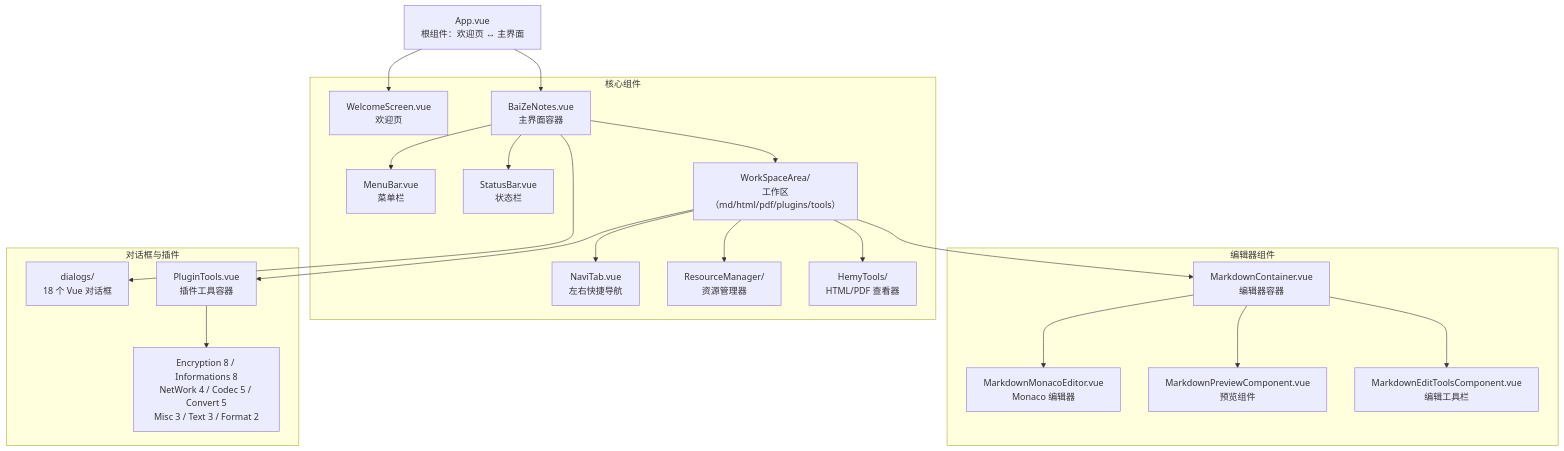
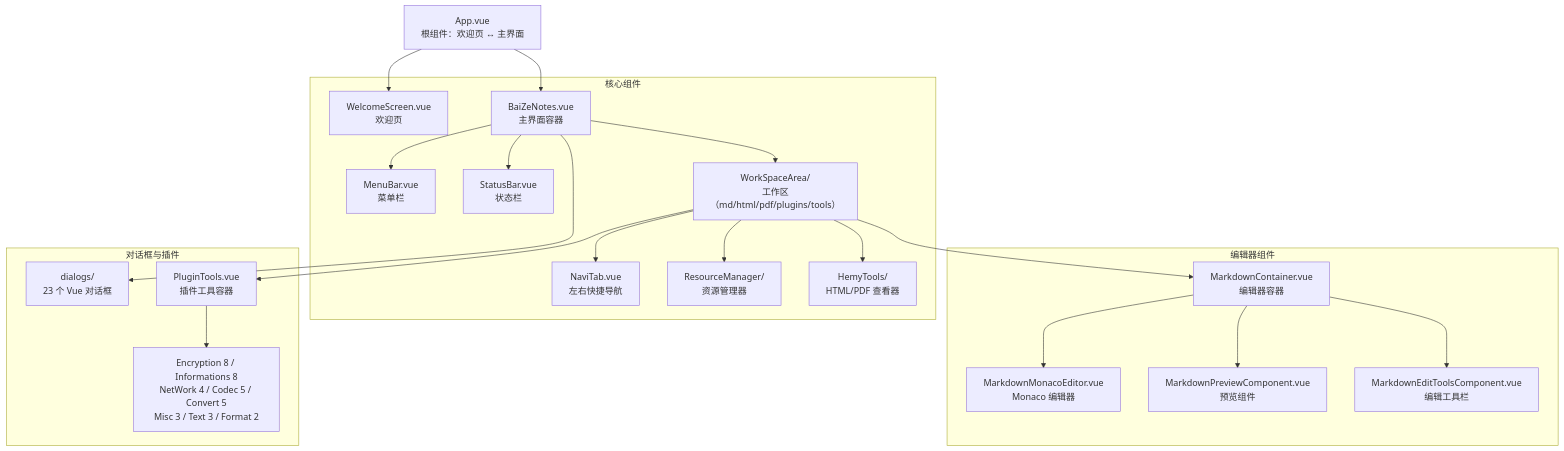
Before and after one commit to hemy08/BaiZeNotesByVue: the fifth of 34 diagrams in docs/wiki/02-设计与架构/架构文档.md, drawn with Mermaid. The commit also changed other lines of this file and 35 other files, not shown here.

````diff
--- a/docs/wiki/02-设计与架构/架构文档.md
+++ b/docs/wiki/02-设计与架构/架构文档.md
@@ -266,48 +266,48 @@
 ```mermaid
 graph TB
     App[App.vue<br/>根组件：欢迎页 ↔ 主界面]
     
     subgraph 核心组件
         Welcome[WelcomeScreen.vue<br/>欢迎页]
         Main[BaiZeNotes.vue<br/>主界面容器]
         MenuBar[MenuBar.vue<br/>菜单栏]
         StatusBar[StatusBar.vue<br/>状态栏]
         WorkSpace[WorkSpaceArea/<br/>工作区（md/html/pdf/plugins/tools）]
         NaviTab[NaviTab.vue<br/>左右快捷导航]
         ResourceManager[ResourceManager/<br/>资源管理器]
         HemyTools[HemyTools/<br/>HTML/PDF 查看器]
     end
     
     subgraph 编辑器组件
         MarkdownContainer[MarkdownContainer.vue<br/>编辑器容器]
         MonacoEditor[MarkdownMonacoEditor.vue<br/>Monaco 编辑器]
         Preview[MarkdownPreviewComponent.vue<br/>预览组件]
         EditTools[MarkdownEditToolsComponent.vue<br/>编辑工具栏]
     end
     
     subgraph 对话框与插件
-        VueDialogs[dialogs/<br/>18 个 Vue 对话框]
+        VueDialogs[dialogs/<br/>23 个 Vue 对话框]
         PluginTools[PluginTools.vue<br/>插件工具容器]
         Tools38[Encryption 8 / Informations 8<br/>NetWork 4 / Codec 5 / Convert 5<br/>Misc 3 / Text 3 / Format 2]
     end
     
     App --> Welcome
     App --> Main
     
     Main --> MenuBar
     Main --> StatusBar
     Main --> WorkSpace
     Main --> VueDialogs
     
     WorkSpace --> NaviTab
     WorkSpace --> ResourceManager
     WorkSpace --> MarkdownContainer
     WorkSpace --> HemyTools
     WorkSpace --> PluginTools
     
     MarkdownContainer --> MonacoEditor
     MarkdownContainer --> Preview
     MarkdownContainer --> EditTools
     
     PluginTools --> Tools38
 ```
````
